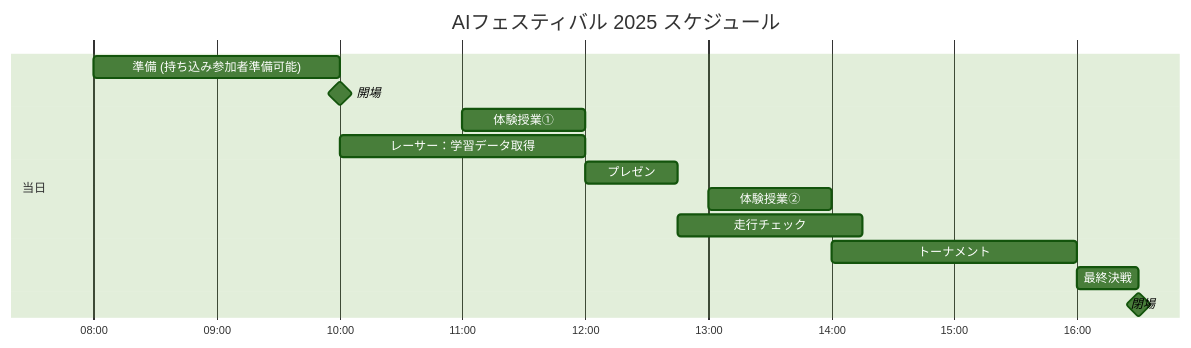
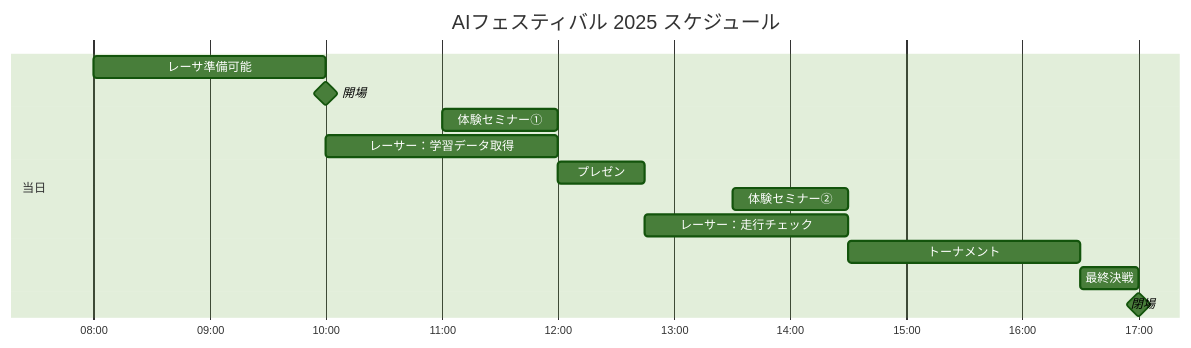
Before and after one commit to KwikHangout/AI-RC: the diagram in AIFestival2025/AI_festival_plan_memo_0721.md, drawn with Mermaid (forest theme). The commit also changed other lines of this file and 2 other files, not shown here.

````diff
--- a/AIFestival2025/AI_festival_plan_memo_0721.md
+++ b/AIFestival2025/AI_festival_plan_memo_0721.md
@@ -106,18 +130,18 @@
 ```mermaid
 gantt
     title AIフェスティバル 2025 スケジュール
     dateFormat YYYY-MM-DD HH:mm
     axisFormat %H:%M
 
     section 当日
-    準備 (持ち込み参加者準備可能) :prep2, 2024-11-08 08:00, 2h
+    レーサ準備可能 :prep2, 2024-11-08 08:00, 2h
     開場 :milestone, open, 2024-11-08 10:00, 0h
-    体験授業① :hands1, 2024-11-08 11:00, 1h
+    体験セミナー① :hands1, 2024-11-08 11:00, 1h
     レーサー：学習データ取得 :racer, after open, 2h
     プレゼン :presentation, after racer, 0.75h
-    体験授業② :hands3,2024-11-08 13:00, 1h
-    走行チェック :hands4, after presentation, 1.5h
+    体験セミナー② :hands3,2024-11-08 13:30, 1h
+    レーサー：走行チェック :hands4, after presentation, 1.75h
     トーナメント :tournament, after hands3, 2h
     最終決戦 :final, after tournament, 30m
     閉場 :milestone, close, after final, 0h
 ```
````
